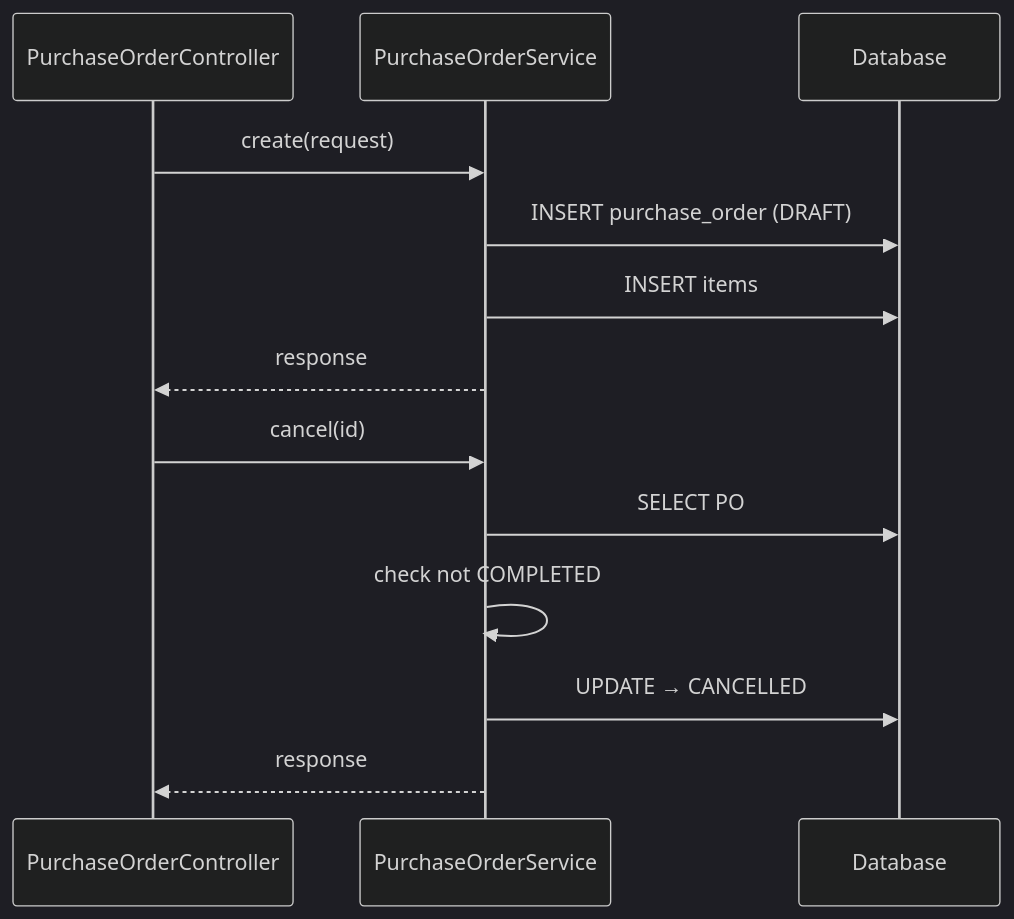
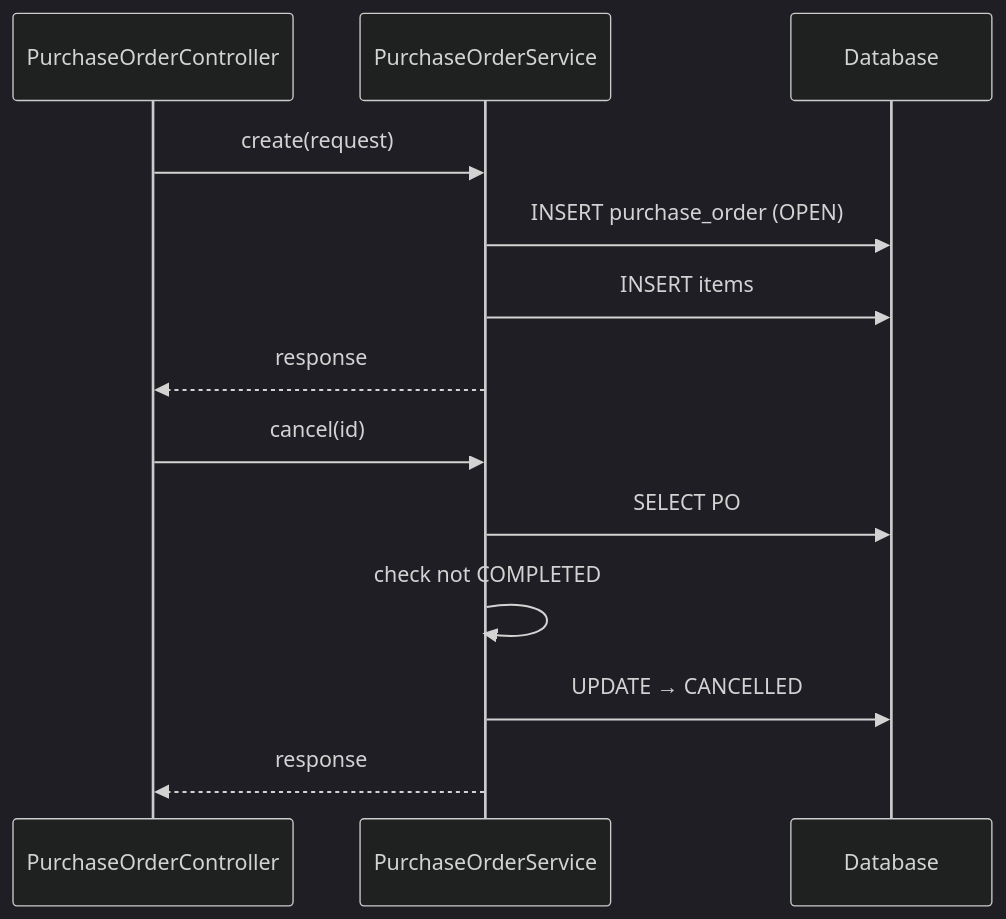
Before and after one commit to Java-Inventory-Management-System/Projects: the second of 3 diagrams in docs/flows/purchase-order-flow.md, drawn with Mermaid (dark theme). The commit also changed other lines of this file and 133 other files, not shown here.

````diff
--- a/docs/flows/purchase-order-flow.md
+++ b/docs/flows/purchase-order-flow.md
@@ -33,17 +33,17 @@
 ```mermaid
 sequenceDiagram
     participant C as PurchaseOrderController
     participant S as PurchaseOrderService
     participant DB as Database
 
     C->>S: create(request)
-    S->>DB: INSERT purchase_order (DRAFT)
+    S->>DB: INSERT purchase_order (OPEN)
     S->>DB: INSERT items
     S-->>C: response
 
     C->>S: cancel(id)
     S->>DB: SELECT PO
     S->>S: check not COMPLETED
     S->>DB: UPDATE → CANCELLED
     S-->>C: response
 ```
````
